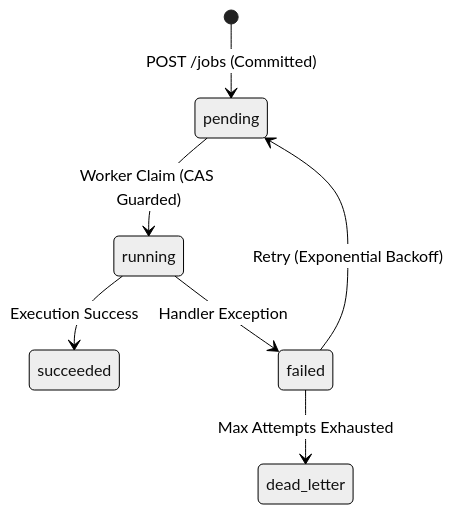
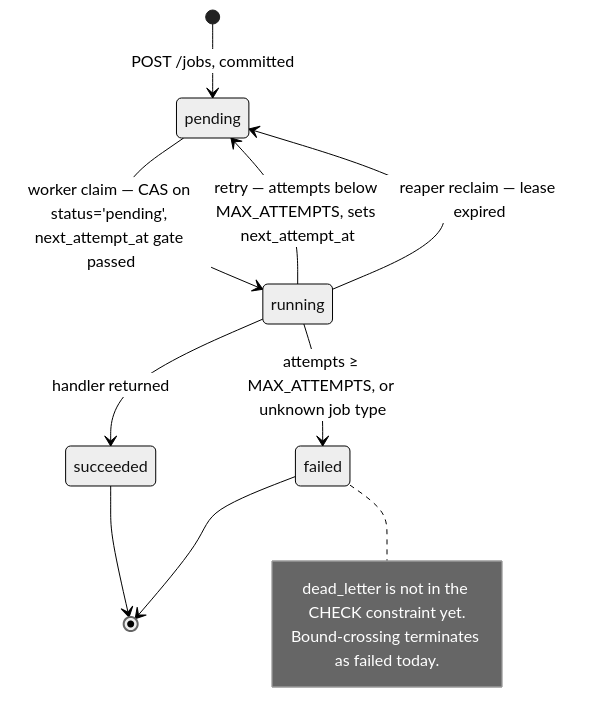
One commit to Vishwam401/relay changed the second of 2 diagrams in README.md. Above: the diagram before and after it, drawn with Mermaid (neutral theme). The commit also changed other lines of this file and 2 other files, not shown here.

````diff
--- a/README.md
+++ b/README.md
@@ -49,9 +129,19 @@
 ```mermaid
 stateDiagram-v2
-    [*] --> pending : POST /jobs (Committed)
-    pending --> running : Worker Claim (CAS Guarded)
-    running --> succeeded : Execution Success
-    running --> failed : Handler Exception
-    failed --> pending : Retry (Exponential Backoff)
-    failed --> dead_letter : Max Attempts Exhausted
+    [*] --> pending : POST /jobs, committed
+
+    pending --> running : worker claim — CAS on status='pending', next_attempt_at gate passed
+
+    running --> succeeded : handler returned
+    running --> failed : attempts ≥ MAX_ATTEMPTS, or unknown job type
+    running --> pending : retry — attempts below MAX_ATTEMPTS, sets next_attempt_at
+    running --> pending : reaper reclaim — lease expired
+
+    succeeded --> [*]
+    failed --> [*]
+
+    note right of failed
+        dead_letter is not in the CHECK constraint yet.
+        Bound-crossing terminates as failed today.
+    end note
 ```
````
